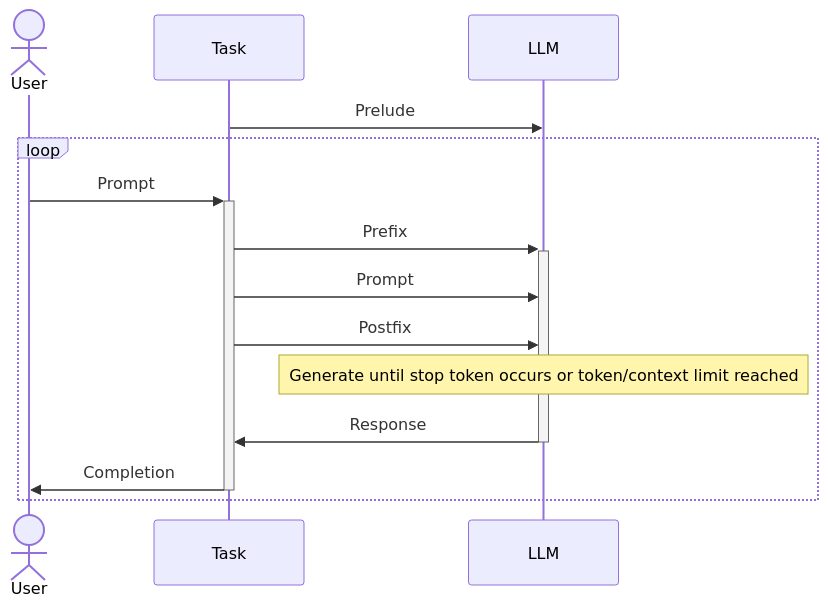
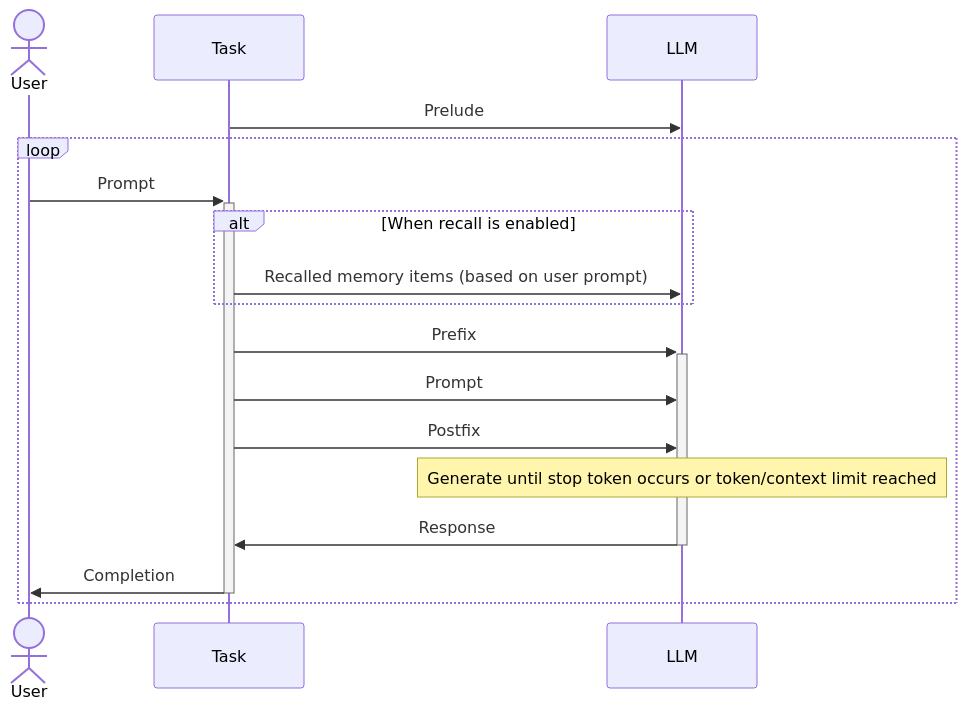
The second of 4 diagrams in README.md (pixelspark/poly), drawn with Mermaid before and after one commit. The commit also changed other lines of this file, not shown here.

Commit message:
docs: explain recall

````diff
--- a/README.md
+++ b/README.md
@@ -73,15 +73,18 @@
 ```mermaid
 sequenceDiagram
     actor User
     Task->>LLM: Prelude
     loop
         User->>+Task: Prompt
+		alt When recall is enabled
+			Task->>LLM: Recalled memory items (based on user prompt)
+		end
         Task->>+LLM: Prefix
         Task->>LLM: Prompt
         Task->>LLM: Postfix
 
         note over LLM: Generate until stop token occurs or token/context limit reached
         LLM->>-Task: Response
         Task->>-User: Completion
     end
 ```
````
